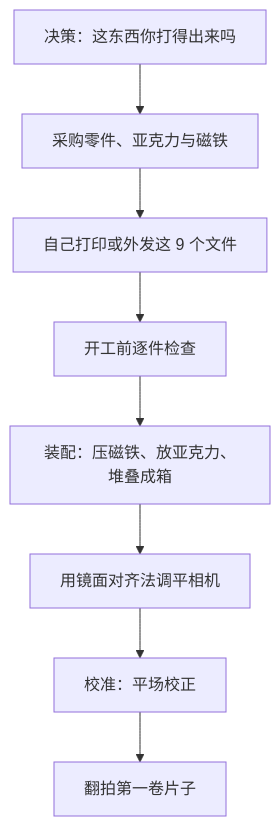
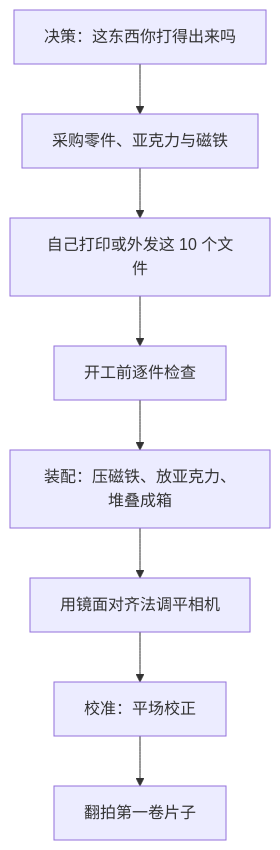
Before and after one commit to Neoanaloglab/Neobox: the diagram in docs/getting-started.zh-CN.md, drawn with Mermaid. The commit also changed other lines of this file and 42 other files, not shown here.

````diff
--- a/docs/getting-started.zh-CN.md
+++ b/docs/getting-started.zh-CN.md
@@ -99,10 +99,10 @@
 ```mermaid
 flowchart TD
     A["决策：这东西你打得出来吗"] --> B["采购零件、亚克力与磁铁"]
-    B --> C["自己打印或外发这 9 个文件"]
+    B --> C["自己打印或外发这 10 个文件"]
     C --> D["开工前逐件检查"]
     D --> E["装配：压磁铁、放亚克力、堆叠成箱"]
     E --> F["用镜面对齐法调平相机"]
     F --> G["校准：平场校正"]
     G --> H["翻拍第一卷片子"]
 ```
````
